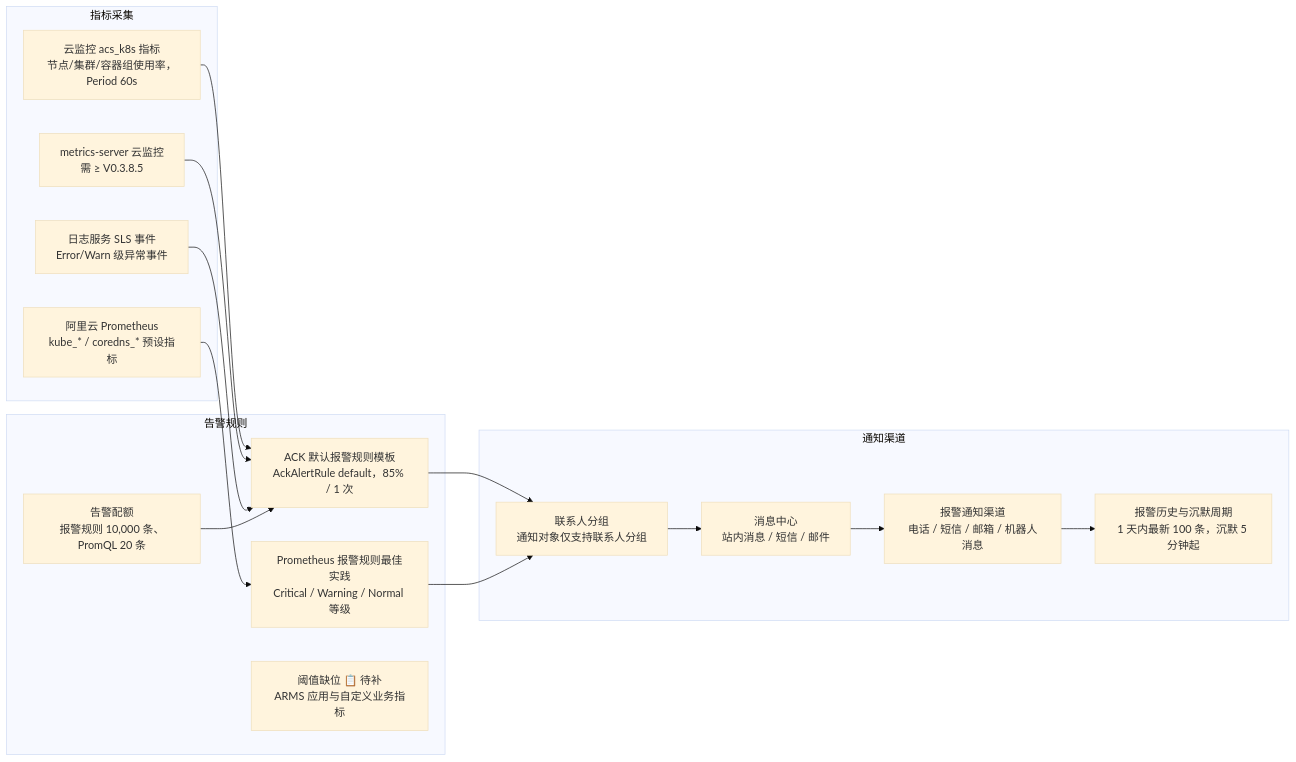
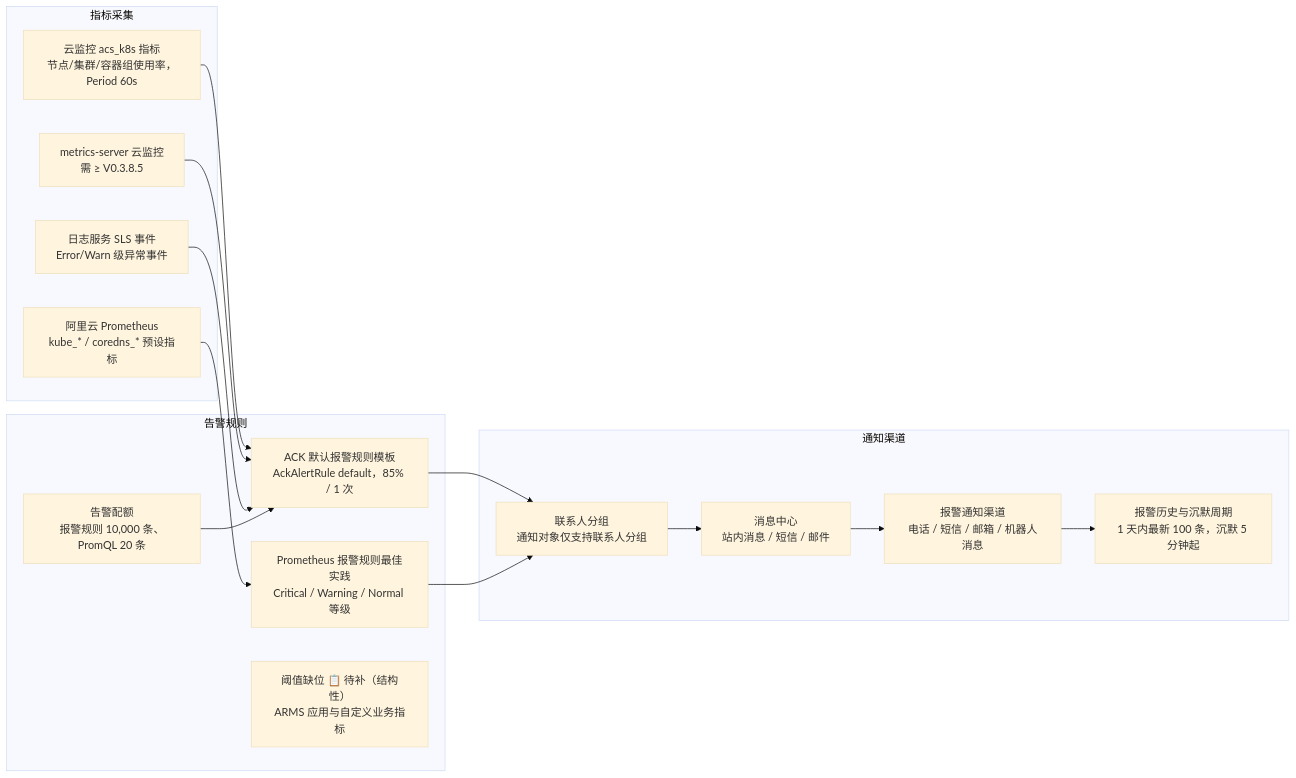
The diagram in products/ack/09-监控与告警.md (kudig-io/checky), drawn with Mermaid (base theme) before and after one commit. The commit also changed other lines of this file and 103 other files, not shown here.

````diff
--- a/products/ack/09-监控与告警.md
+++ b/products/ack/09-监控与告警.md
@@ -7,31 +7,31 @@
 ```mermaid
 flowchart LR
   subgraph SG1[指标采集]
     M1["云监控 acs_k8s 指标<br/>节点/集群/容器组使用率，Period 60s"]
     M2["metrics-server 云监控<br/>需 ≥ V0.3.8.5"]
     M3["阿里云 Prometheus<br/>kube_* / coredns_* 预设指标"]
     M4["日志服务 SLS 事件<br/>Error/Warn 级异常事件"]
   end
   subgraph SG2[告警规则]
     R1["ACK 默认报警规则模板<br/>AckAlertRule default，85% / 1 次"]
     R2["Prometheus 报警规则最佳实践<br/>Critical / Warning / Normal 等级"]
     R3["告警配额<br/>报警规则 10,000 条、PromQL 20 条"]
-    R4["阈值缺位 📋 待补<br/>ARMS 应用与自定义业务指标"]
+    R4["阈值缺位 📋 待补（结构性）<br/>ARMS 应用与自定义业务指标"]
   end
   subgraph SG3[通知渠道]
     N1["联系人分组<br/>通知对象仅支持联系人分组"]
     N2["消息中心<br/>站内消息 / 短信 / 邮件"]
     N3["报警通知渠道<br/>电话 / 短信 / 邮箱 / 机器人消息"]
     N4["报警历史与沉默周期<br/>1 天内最新 100 条，沉默 5 分钟起"]
   end
   M1 --> R1
   M2 --> R1
   M4 --> R1
   M3 --> R2
   R3 --> R1
   R1 --> N1
   R2 --> N1
   N1 --> N2
   N2 --> N3
   N3 --> N4
 ```
````
